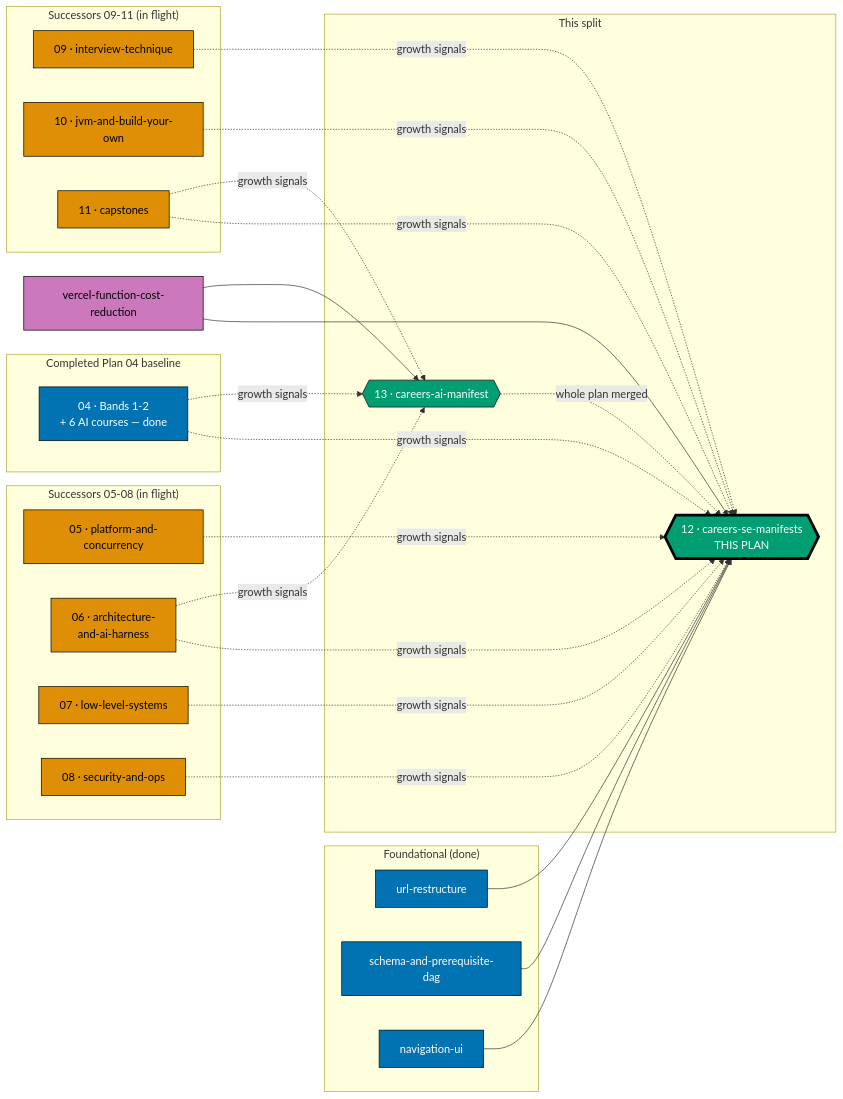
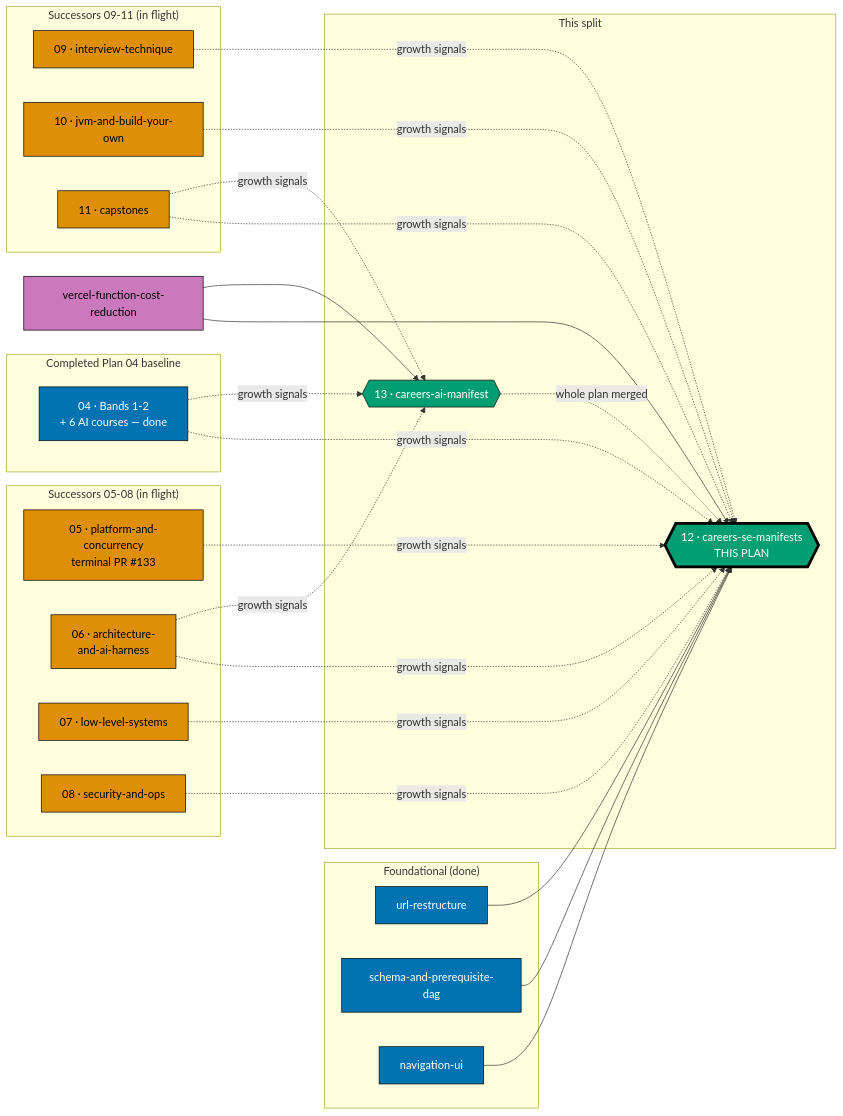
Before and after one commit to wahidyankf/open-sharia-fintech: the second of 3 diagrams in plans/backlog/ayokoding-learning-path-12-careers-se-manifests/README.md, drawn with Mermaid. The commit also changed other lines of this file and 15 other files, not shown here.

````diff
--- a/plans/backlog/ayokoding-learning-path-12-careers-se-manifests/README.md
+++ b/plans/backlog/ayokoding-learning-path-12-careers-se-manifests/README.md
@@ -177,55 +177,55 @@
 ```mermaid
 %% Dependency position of this plan and its sibling within the programme.
 %% Node SHAPE encodes kind: rectangle = foundational/infra plan, stadium = course-authoring successor,
 %% hexagon = this split's two manifest plans.
 %% Edge STYLE encodes strength: solid = hard blocking edge, dotted = partial/staged edge.
 flowchart LR
     subgraph F["Foundational (done)"]
         P1["url-restructure"]:::done
         P2["schema-and-prerequisite-dag"]:::done
         P3["navigation-ui"]:::done
     end
     subgraph CA1Done["Completed Plan 04 baseline"]
         CA1["04 · Bands 1-2<br/>+ 6 AI courses — done"]:::done
     end
     subgraph CAEarly["Successors 05-08 (in flight)"]
-        CA2["05 · platform-and-concurrency"]:::ca
+        CA2["05 · platform-and-concurrency<br/>terminal PR #133"]:::ca
         CA3["06 · architecture-<br/>and-ai-harness"]:::ca
         CA4["07 · low-level-systems"]:::ca
         CA5["08 · security-and-ops"]:::ca
     end
     subgraph CALate["Successors 09-11 (in flight)"]
         CA6["09 · interview-technique"]:::ca
         CA7["10 · jvm-and-build-your-own"]:::ca
         CA8["11 · capstones"]:::ca
     end
     subgraph THIS["This split"]
         P12{{"12 · careers-se-manifests<br/>THIS PLAN"}}:::this
         P13{{"13 · careers-ai-manifest"}}:::sibling
     end
     VFC["vercel-function-cost-reduction"]:::infra
 
     P1 --> P12
     P2 --> P12
     P3 --> P12
     CA1 -.->|"growth signals"| P12
     CA2 -.->|"growth signals"| P12
     CA3 -.->|"growth signals"| P12
     CA4 -.->|"growth signals"| P12
     CA5 -.->|"growth signals"| P12
     CA6 -.->|"growth signals"| P12
     CA7 -.->|"growth signals"| P12
     CA8 -.->|"growth signals"| P12
     CA1 -.->|"growth signals"| P13
     CA3 -.->|"growth signals"| P13
     CA8 -.->|"growth signals"| P13
     VFC --> P12
     VFC --> P13
     P13 -.->|"whole plan merged"| P12
 
     classDef done fill:#0173B2,stroke:#000000,color:#FFFFFF
     classDef ca fill:#DE8F05,stroke:#000000,color:#000000
     classDef this fill:#029E73,stroke:#000000,color:#FFFFFF,stroke-width:4px
     classDef sibling fill:#029E73,stroke:#000000,color:#FFFFFF
     classDef infra fill:#CC78BC,stroke:#000000,color:#000000
 ```
````
